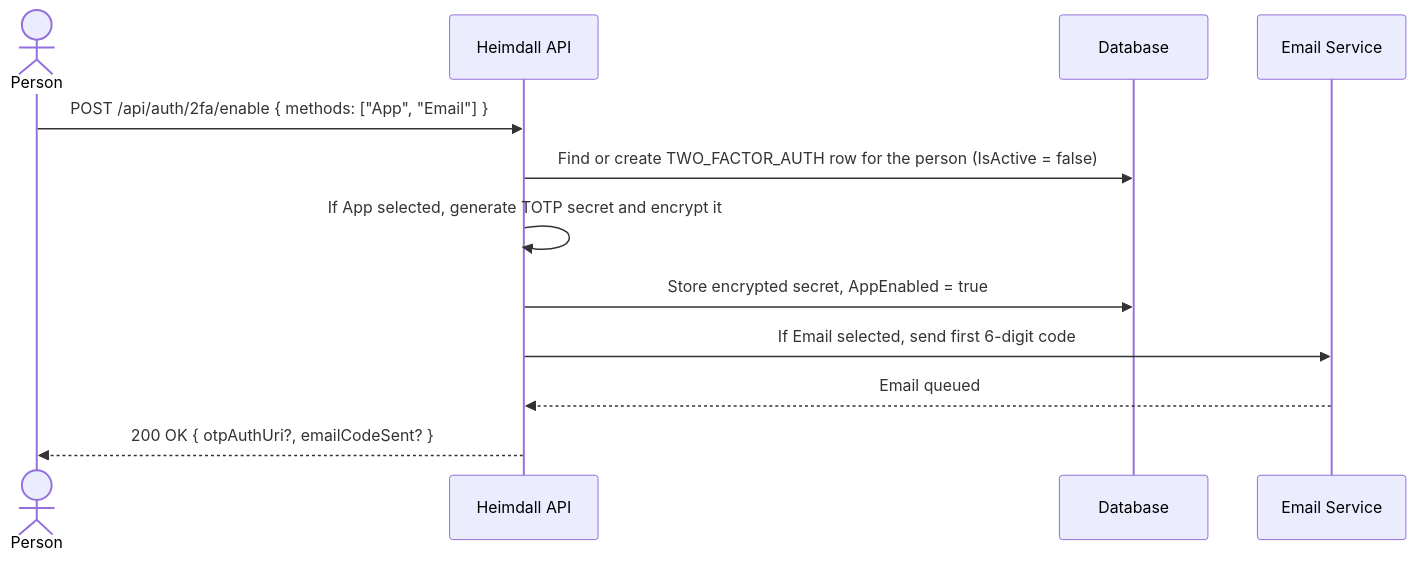
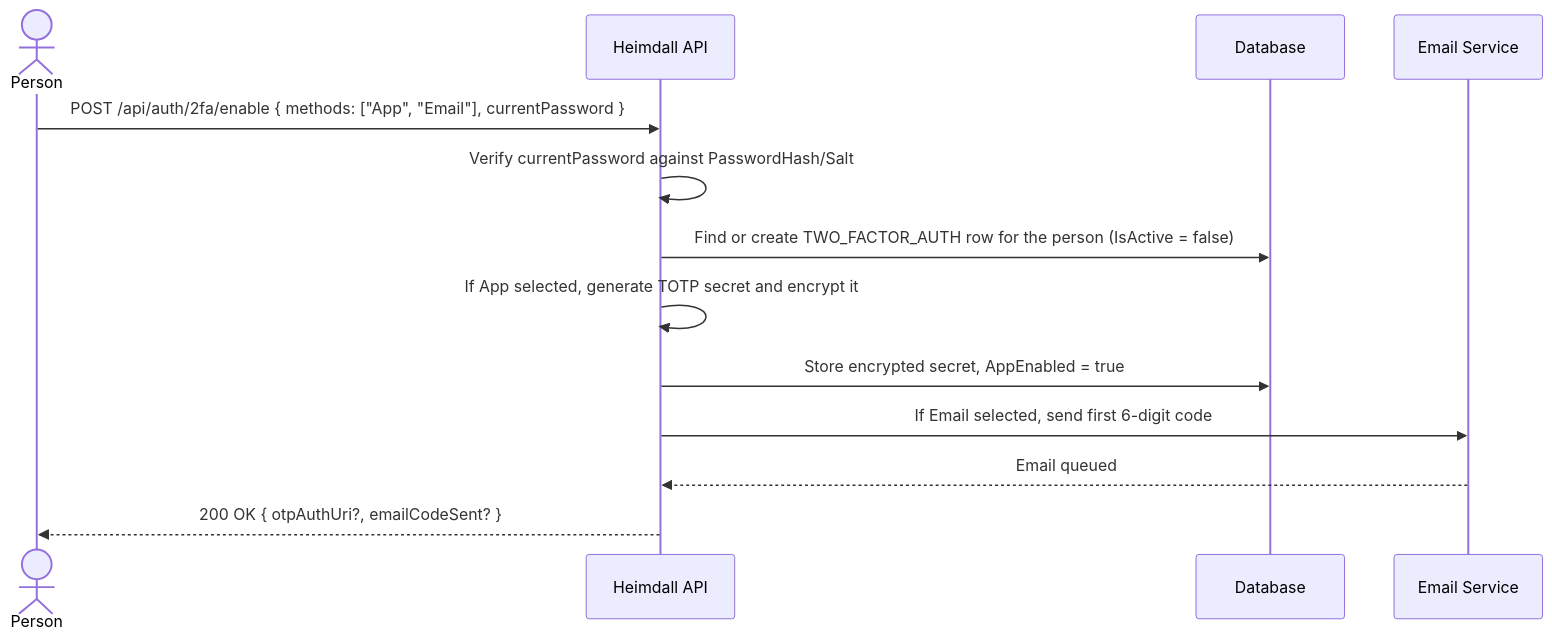
One commit to artur-rios/heimdall-api changed diagram 16 of 38 in docs/requirements/Use Case Specification Document.md. Above: the diagram before and after it, drawn with Mermaid. The commit also changed other lines of this file and 8 other files, not shown here.

````diff
--- a/docs/requirements/Use Case Specification Document.md
+++ b/docs/requirements/Use Case Specification Document.md
@@ -1637,15 +1666,16 @@
 ```mermaid
 sequenceDiagram
     actor P as Person
     participant API as Heimdall API
     participant DB as Database
     participant ES as Email Service
 
-    P->>API: POST /api/auth/2fa/enable { methods: ["App", "Email"] }
+    P->>API: POST /api/auth/2fa/enable { methods: ["App", "Email"], currentPassword }
+    API->>API: Verify currentPassword against PasswordHash/Salt
     API->>DB: Find or create TWO_FACTOR_AUTH row for the person (IsActive = false)
     API->>API: If App selected, generate TOTP secret and encrypt it
     API->>DB: Store encrypted secret, AppEnabled = true
     API->>ES: If Email selected, send first 6-digit code
     ES-->>API: Email queued
     API-->>P: 200 OK { otpAuthUri?, emailCodeSent? }
 ```
````
